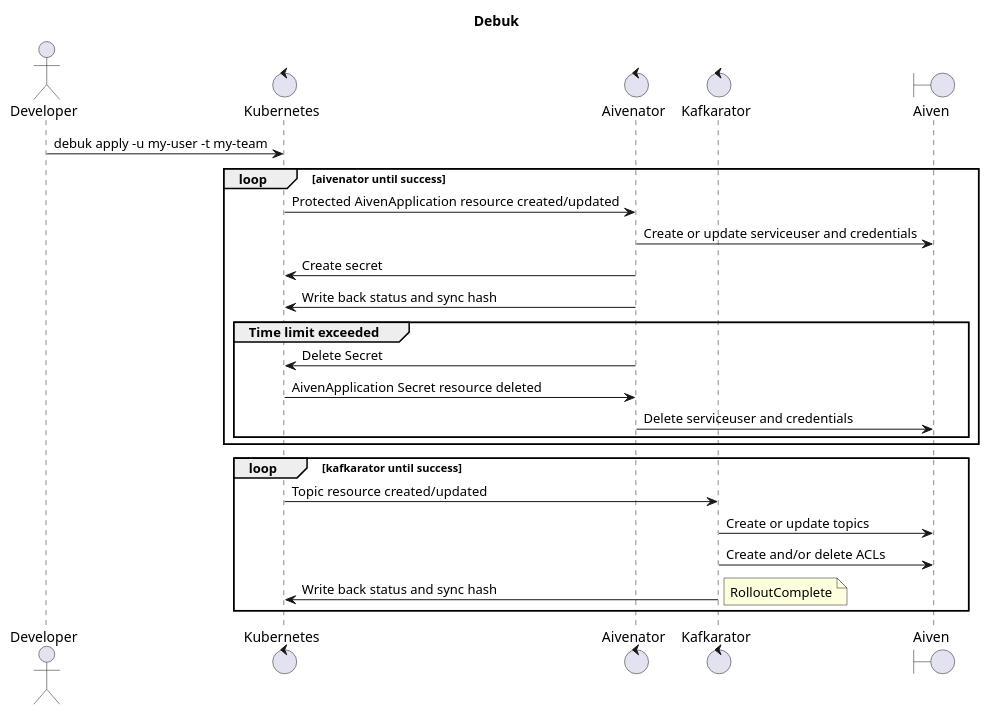
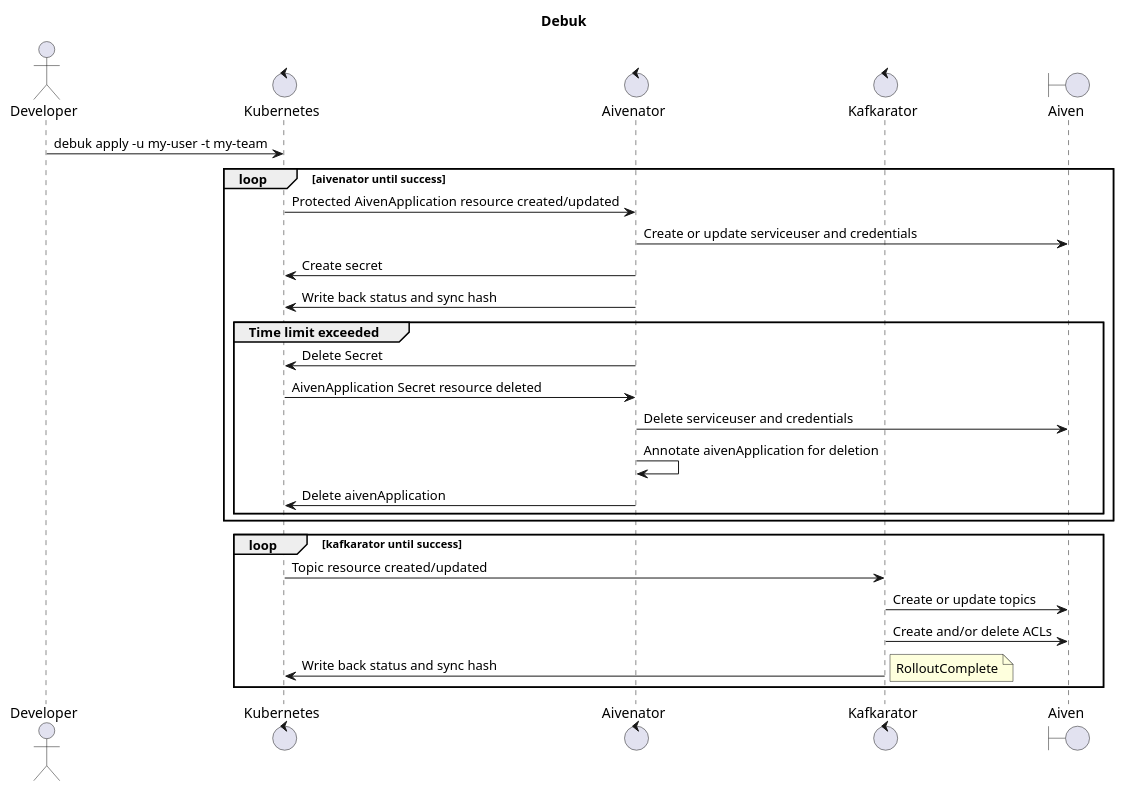
Before and after one commit to nais/cli: the diagram in doc/debuk.puml, drawn with PlantUML. The commit also changed 7 other files, not shown here.

Commit message:
update: doc, new format for aivenApplication

```diff
--- a/doc/debuk.puml
+++ b/doc/debuk.puml
@@ -1,32 +1,34 @@
 @startuml
 title Debuk
 
 actor developer as "Developer"
 control kubernetes as "Kubernetes"
 control aivenator as "Aivenator"
 control kafkarator as "Kafkarator"
 boundary aiven as "Aiven"
 
 developer -> kubernetes : debuk apply -u my-user -t my-team
 
 loop aivenator until success
 kubernetes -> aivenator : Protected AivenApplication resource created/updated
 aivenator -> aiven : Create or update serviceuser and credentials
 aivenator -> kubernetes : Create secret
 aivenator -> kubernetes : Write back status and sync hash
 group Time limit exceeded
 aivenator -> kubernetes : Delete Secret
 kubernetes -> aivenator : AivenApplication Secret resource deleted
 aivenator -> aiven : Delete serviceuser and credentials
+aivenator -> aivenator : Annotate aivenApplication for deletion
+aivenator -> kubernetes : Delete aivenApplication
     end
 end
 
 loop kafkarator until success
 kubernetes -> kafkarator : Topic resource created/updated
 kafkarator -> aiven : Create or update topics
 kafkarator -> aiven : Create and/or delete ACLs
 kafkarator -> kubernetes : Write back status and sync hash
 note right: RolloutComplete
 end
 
 @enduml
```
